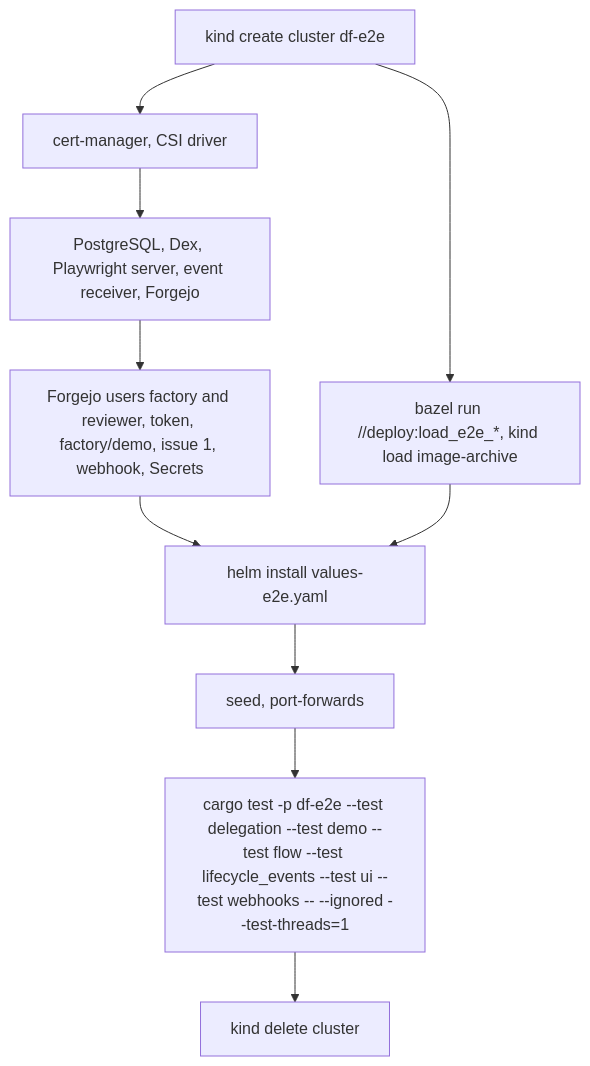
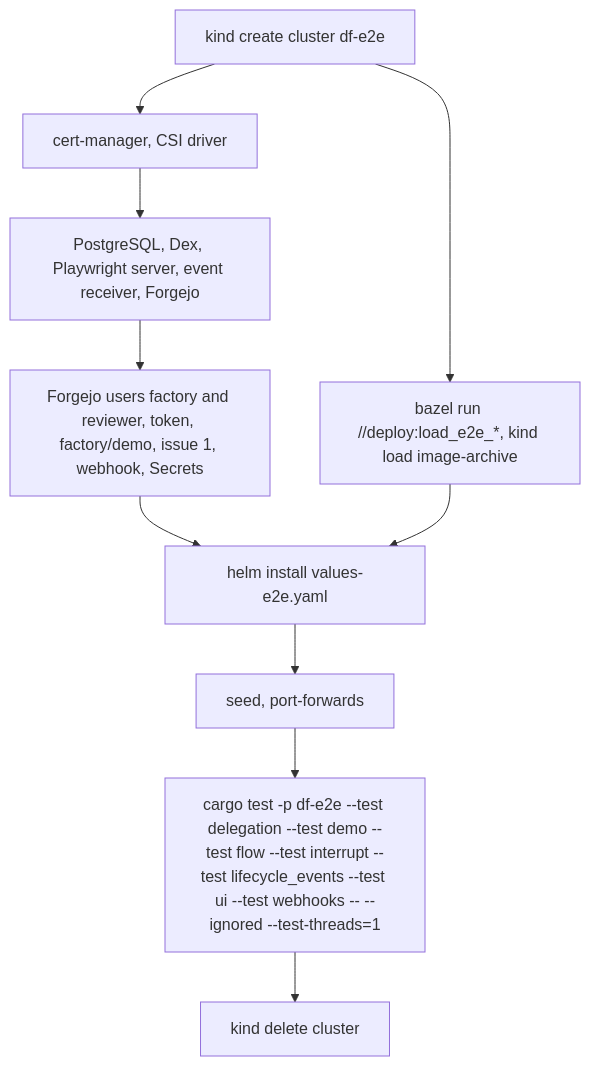
One commit to prskr/dark-factory changed the diagram in docs/demo.md. Above: the diagram before and after it, drawn with Mermaid. The commit also changed other lines of this file and 63 other files, not shown here.

````diff
--- a/docs/demo.md
+++ b/docs/demo.md
@@ -27,12 +27,12 @@
 ```mermaid
 flowchart TD
     A[kind create cluster df-e2e] --> B[cert-manager, CSI driver]
     A --> I[bazel run //deploy:load_e2e_*, kind load image-archive]
     B --> C[PostgreSQL, Dex, Playwright server, event receiver, Forgejo]
     C --> D[Forgejo users factory and reviewer, token, factory/demo, issue 1, webhook, Secrets]
     D --> E[helm install values-e2e.yaml]
     I --> E
     E --> F[seed, port-forwards]
-    F --> G["cargo test -p df-e2e --test delegation --test demo --test flow --test lifecycle_events --test ui --test webhooks -- --ignored --test-threads=1"]
+    F --> G["cargo test -p df-e2e --test delegation --test demo --test flow --test interrupt --test lifecycle_events --test ui --test webhooks -- --ignored --test-threads=1"]
     G --> H[kind delete cluster]
 ```
````
